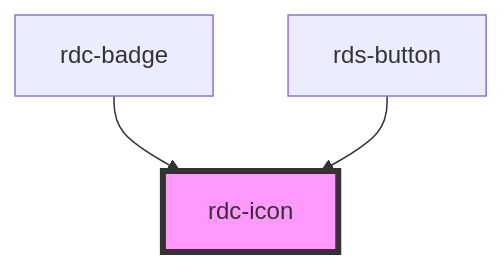
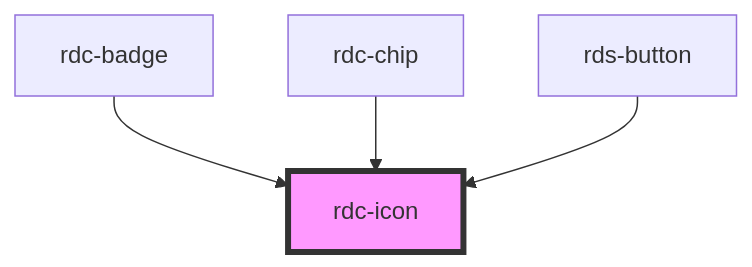
Before and after one commit to codeavl/rangoli-ui: the diagram in src/components/icon/readme.md, drawn with Mermaid. The commit also changed other lines of this file and 5 other files, not shown here.

````diff
--- a/src/components/icon/readme.md
+++ b/src/components/icon/readme.md
@@ -35,6 +36,7 @@
 ```mermaid
 graph TD;
   rdc-badge --> rdc-icon
+  rdc-chip --> rdc-icon
   rds-button --> rdc-icon
   style rdc-icon fill:#f9f,stroke:#333,stroke-width:4px
 ```
````
